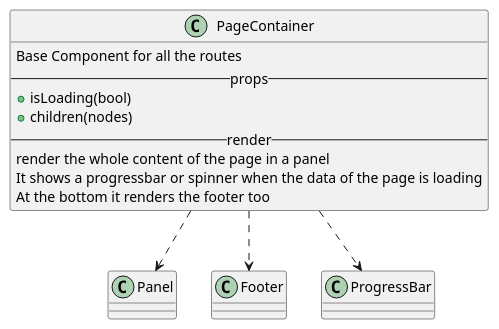
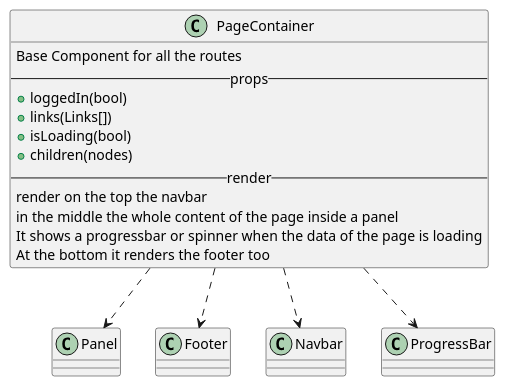
The diagram in react/custom/pageContainer.iuml (M9k/Marvin-Uml), drawn with PlantUML before and after one commit. The commit also changed 3 other files, not shown here.

```diff
--- a/react/custom/pageContainer.iuml
+++ b/react/custom/pageContainer.iuml
@@ -1,13 +1,18 @@
 class PageContainer{
     Base Component for all the routes
     --props--
+        + loggedIn(bool)
+        + links(Links[])
         + isLoading(bool)
         + children(nodes)
     --render--
-        render the whole content of the page in a panel
+        render on the top the navbar
+        in the middle the whole content of the page inside a panel
          It shows a progressbar or spinner when the data of the page is loading
          At the bottom it renders the footer too
 }
+
 PageContainer ..> Panel
 PageContainer ..> Footer
+PageContainer ..> Navbar
 PageContainer ..> ProgressBar
```
